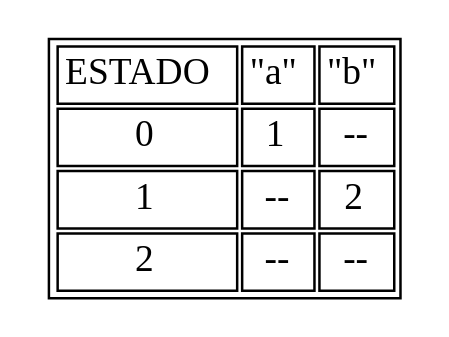
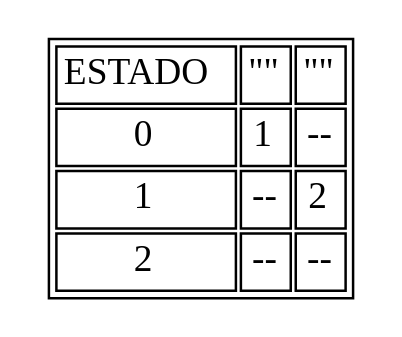
One commit to elimazariegosr/OLC1_Proyecto1_201709426 changed the diagram in OLC_Proyecto1_201709426/bin/Debug/tb_e1.dot. Above: the diagram before and after it, drawn with Graphviz. The commit also changed 90 other files, not shown here.

```diff
--- a/OLC_Proyecto1_201709426/bin/Debug/tb_e1.dot
+++ b/OLC_Proyecto1_201709426/bin/Debug/tb_e1.dot
@@ -1,20 +1,21 @@
 digraph Grafica{
 graph [ratio=fill];
 node [label="\N", fontsize=15, shape=plaintext];
 graph [bb="0,0,352,154"];arset [label=<
         <TABLE ALIGN="LEFT">
 <TR><TD>ESTADO</TD>
-<TD>"a"</TD>
-<TD>"b"</TD>
+<TD>"	"</TD>
+<TD>"
+"</TD>
 </TR><TR><TD>0</TD>
 <TD>1</TD>
 <TD>--</TD>
 </TR><TR><TD>1</TD>
 <TD>--</TD>
 <TD>2</TD>
 </TR><TR><TD>2</TD>
 <TD>--</TD>
 <TD>--</TD>
 </TR></TABLE>
 >,];
 }
```
